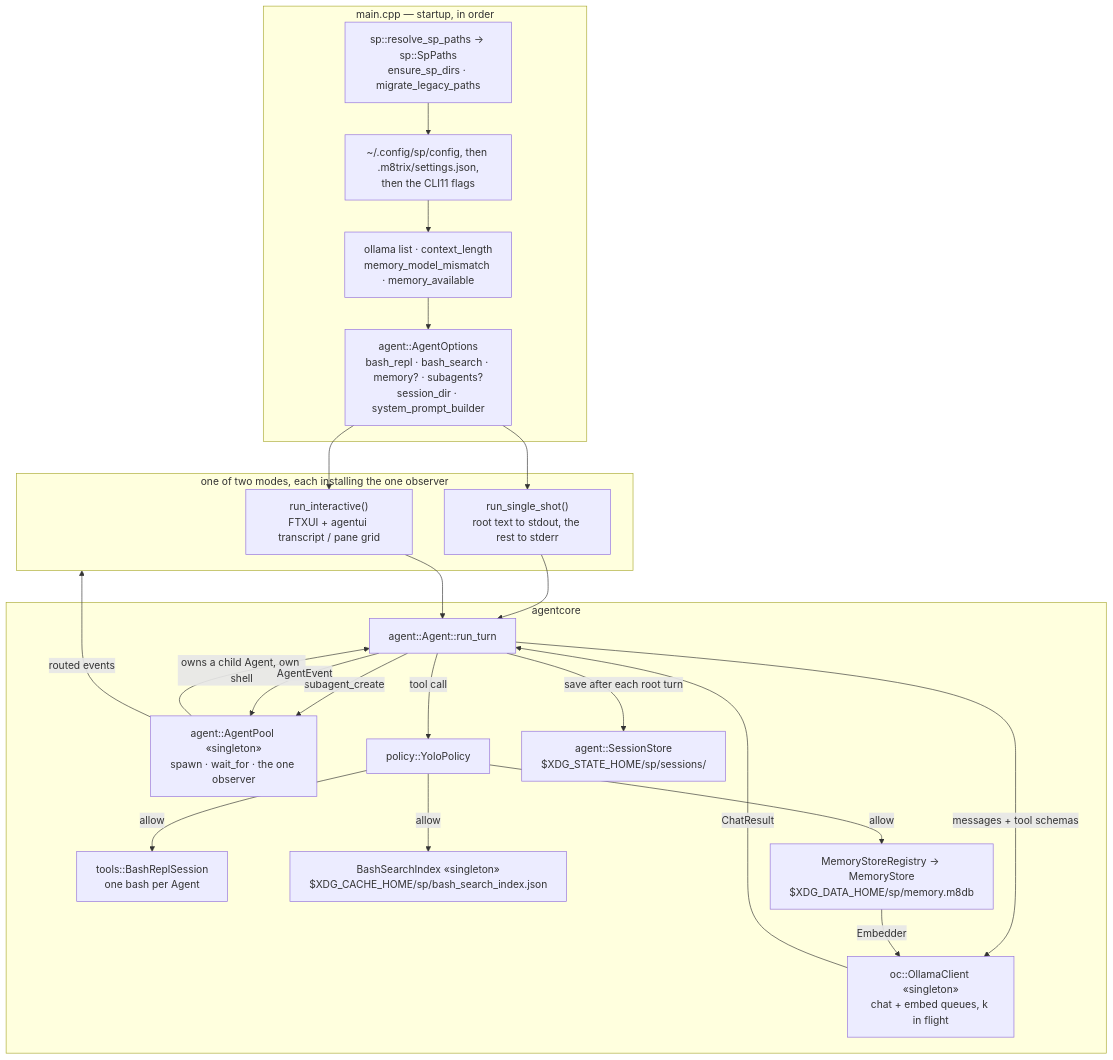
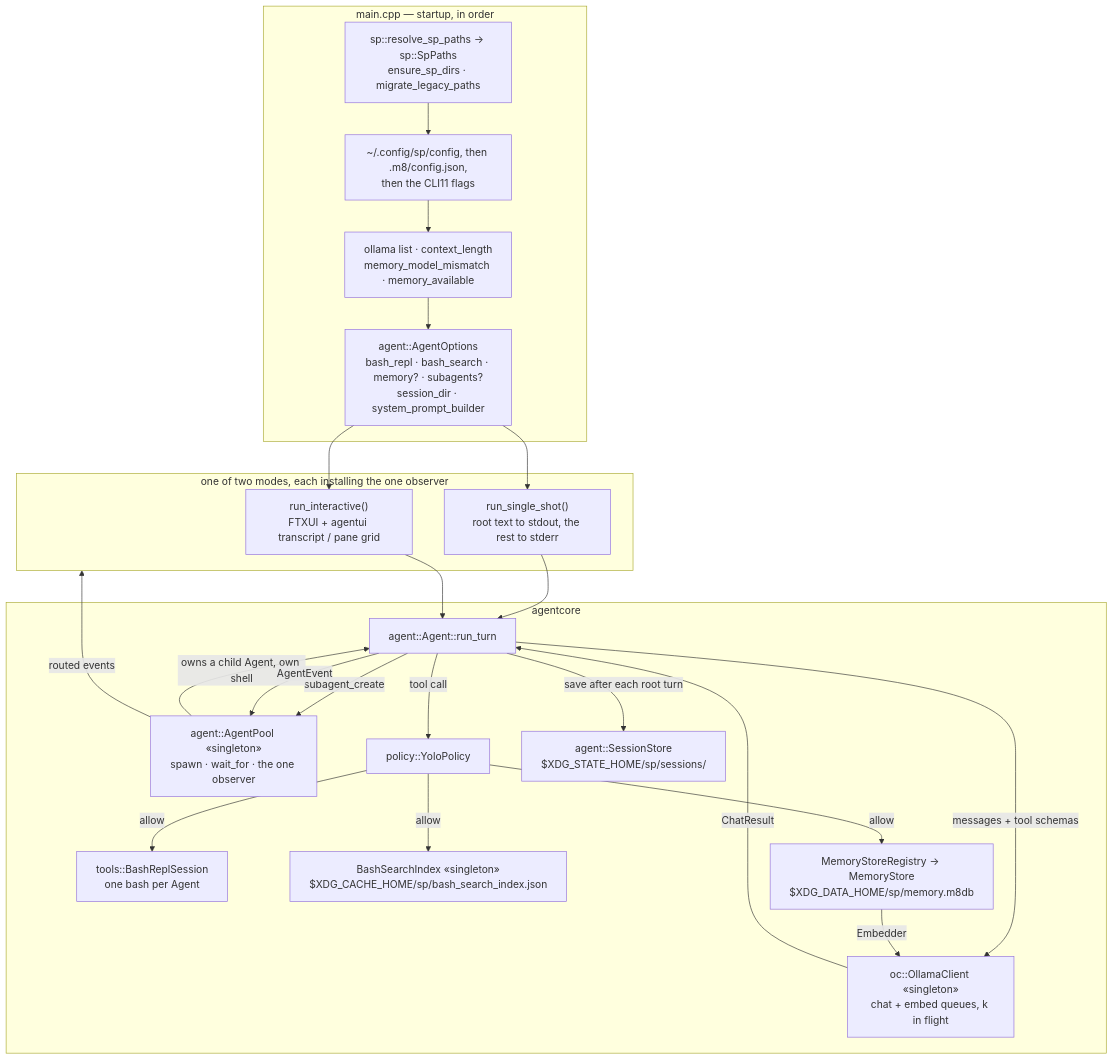
One commit to armandli/m8trixparrot changed the third of 5 diagrams in README.md. Above: the diagram before and after it, drawn with Mermaid. The commit also changed other lines of this file and 4 other files, not shown here.

````diff
--- a/README.md
+++ b/README.md
@@ -378,45 +481,45 @@
 ```mermaid
 flowchart TD
     subgraph Start["main.cpp — startup, in order"]
         Paths["sp::resolve_sp_paths → sp::SpPaths<br/>ensure_sp_dirs · migrate_legacy_paths"]
-        Cfg["~/.config/sp/config, then .m8trix/settings.json,<br/>then the CLI11 flags"]
+        Cfg["~/.config/sp/config, then .m8/config.json,<br/>then the CLI11 flags"]
         Probe["ollama list · context_length<br/>memory_model_mismatch · memory_available"]
         Opts["agent::AgentOptions<br/>bash_repl · bash_search · memory? · subagents?<br/>session_dir · system_prompt_builder"]
     end
 
     subgraph Mode["one of two modes, each installing the one observer"]
         Single["run_single_shot()<br/>root text to stdout, the rest to stderr"]
         Inter["run_interactive()<br/>FTXUI + agentui transcript / pane grid"]
     end
 
     subgraph Core["agentcore"]
         Agent["agent::Agent::run_turn"]
         Pool["agent::AgentPool «singleton»<br/>spawn · wait_for · the one observer"]
         Ollama["oc::OllamaClient «singleton»<br/>chat + embed queues, k in flight"]
         Policy["policy::YoloPolicy"]
         Shell["tools::BashReplSession<br/>one bash per Agent"]
         Search["BashSearchIndex «singleton»<br/>$XDG_CACHE_HOME/sp/bash_search_index.json"]
         Mem["MemoryStoreRegistry → MemoryStore<br/>$XDG_DATA_HOME/sp/memory.m8db"]
         Store["agent::SessionStore<br/>$XDG_STATE_HOME/sp/sessions/"]
     end
 
     Paths --> Cfg --> Probe --> Opts
     Opts --> Single
     Opts --> Inter
     Single --> Agent
     Inter --> Agent
 
     Agent -- messages + tool schemas --> Ollama
     Ollama -- ChatResult --> Agent
     Agent -- tool call --> Policy
     Policy -- allow --> Shell
     Policy -- allow --> Search
     Policy -- allow --> Mem
     Mem -- Embedder --> Ollama
 
     Agent -- subagent_create --> Pool
     Pool -- owns a child Agent, own shell --> Agent
     Agent -- AgentEvent --> Pool
     Pool -- routed events --> Mode
     Agent -- save after each root turn --> Store
 ```
````
